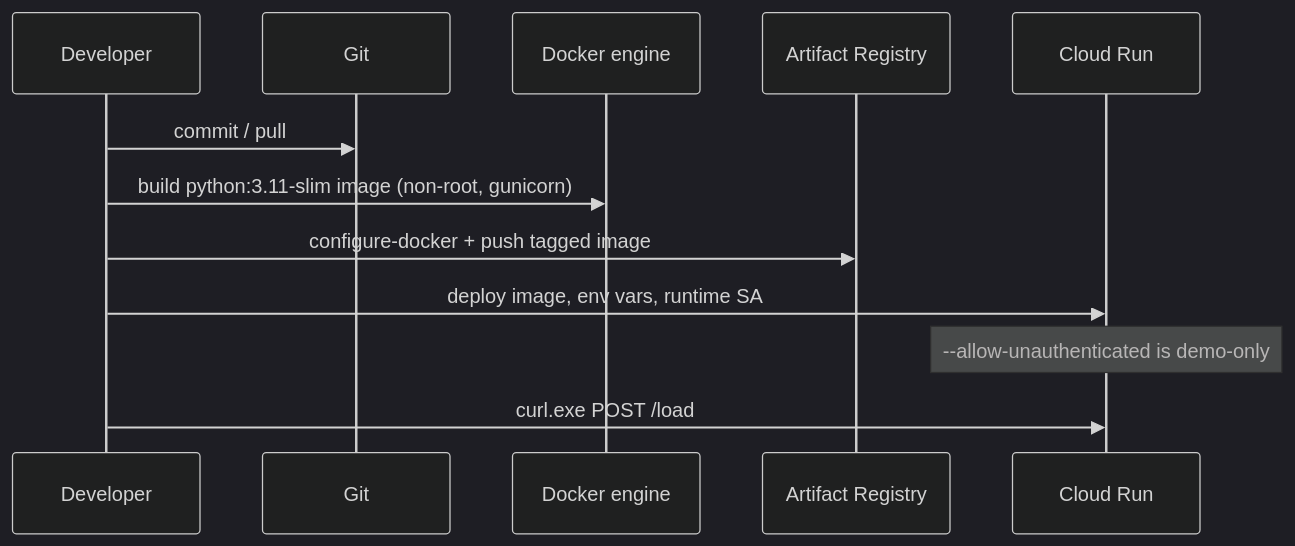
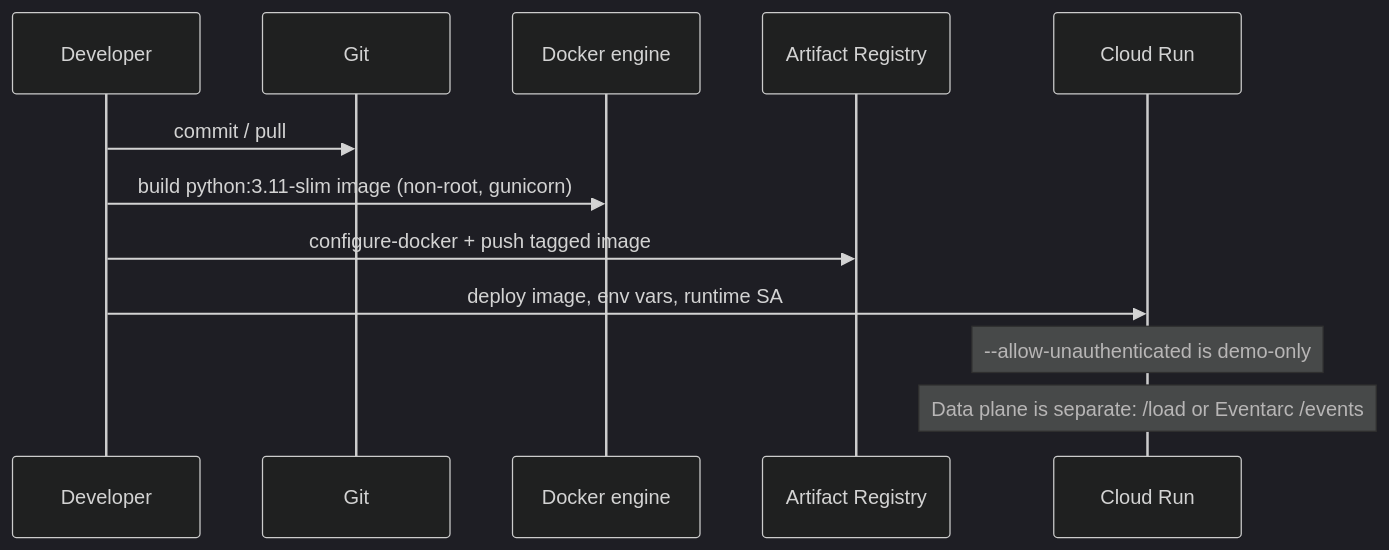
One commit to saidhuljohny2/gcp-travel-data-ingestion changed the second of 4 diagrams in docs/architecture.md. Above: the diagram before and after it, drawn with Mermaid (dark theme). The commit also changed other lines of this file, not shown here.

````diff
--- a/docs/architecture.md
+++ b/docs/architecture.md
@@ -32,14 +41,14 @@
 ```mermaid
 sequenceDiagram
   participant Dev as Developer
   participant Git as Git
   participant Docker as Docker engine
   participant AR as Artifact Registry
   participant CR as Cloud Run
   Dev->>Git: commit / pull
   Dev->>Docker: build python:3.11-slim image (non-root, gunicorn)
   Dev->>AR: configure-docker + push tagged image
   Dev->>CR: deploy image, env vars, runtime SA
   Note over CR: --allow-unauthenticated is demo-only
-  Dev->>CR: curl.exe POST /load
+  Note over CR: Data plane is separate: /load or Eventarc /events
 ```
````
